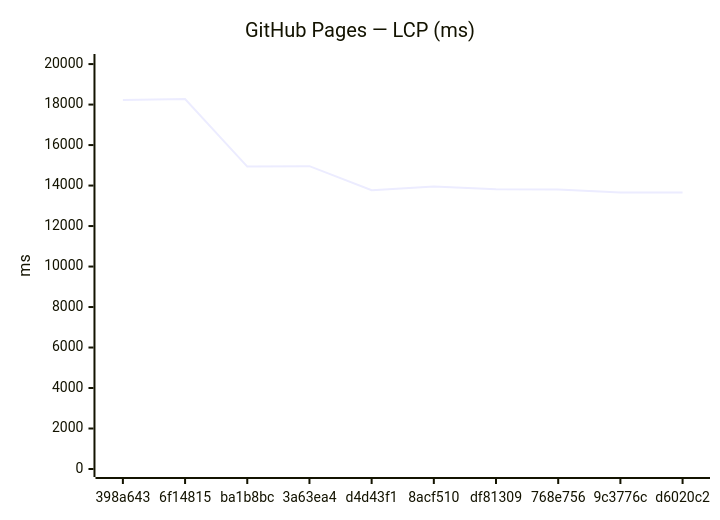
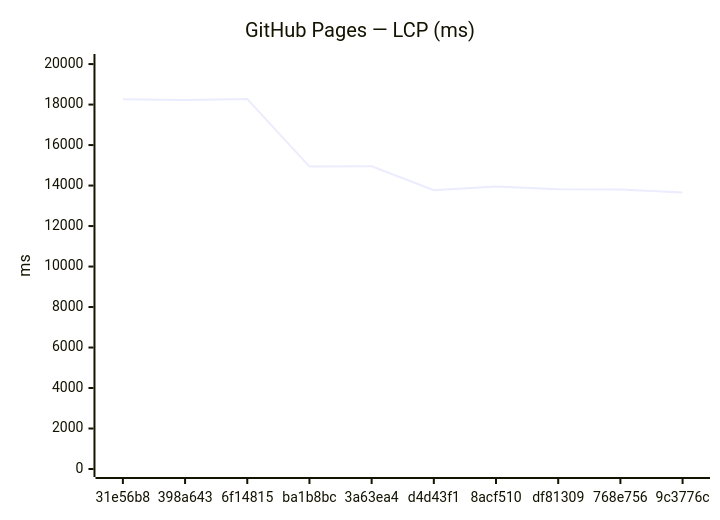
One commit to Metaheurist/Rianell changed the third of 18 diagrams in benchmarks/compare.md. Above: the diagram before and after it, drawn with Mermaid. The commit also changed other lines of this file and 11 other files, not shown here.

````diff
--- a/benchmarks/compare.md
+++ b/benchmarks/compare.md
@@ -54,7 +54,7 @@
 ```mermaid
 xychart-beta
     title "GitHub Pages — LCP (ms)"
-    x-axis ["398a643", "6f14815", "ba1b8bc", "3a63ea4", "d4d43f1", "8acf510", "df81309", "768e756", "9c3776c", "d6020c2"]
+    x-axis ["31e56b8", "398a643", "6f14815", "ba1b8bc", "3a63ea4", "d4d43f1", "8acf510", "df81309", "768e756", "9c3776c"]
     y-axis "ms" 0 --> 20103
-    line [18222, 18275, 14936, 14957, 13769, 13952, 13820, 13811, 13660, 13653]
+    line [18265, 18222, 18275, 14936, 14957, 13769, 13952, 13820, 13811, 13660]
 ```
````
